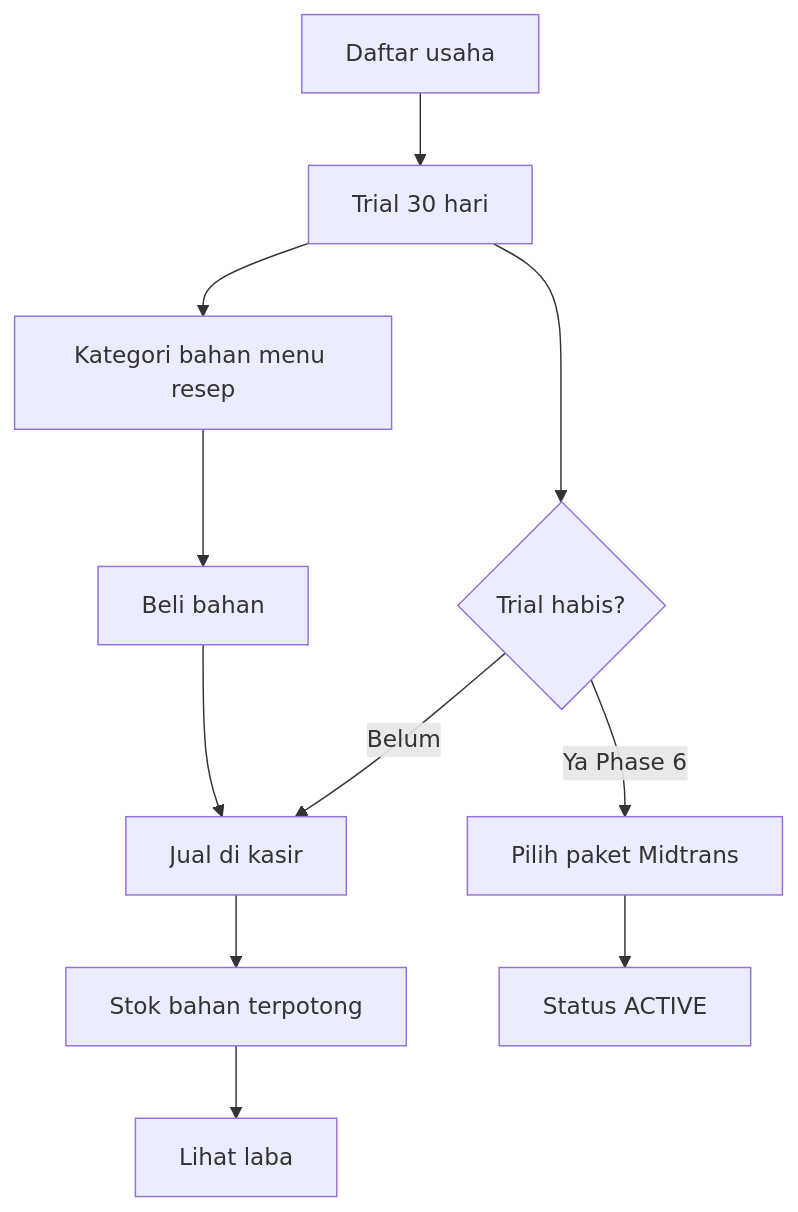
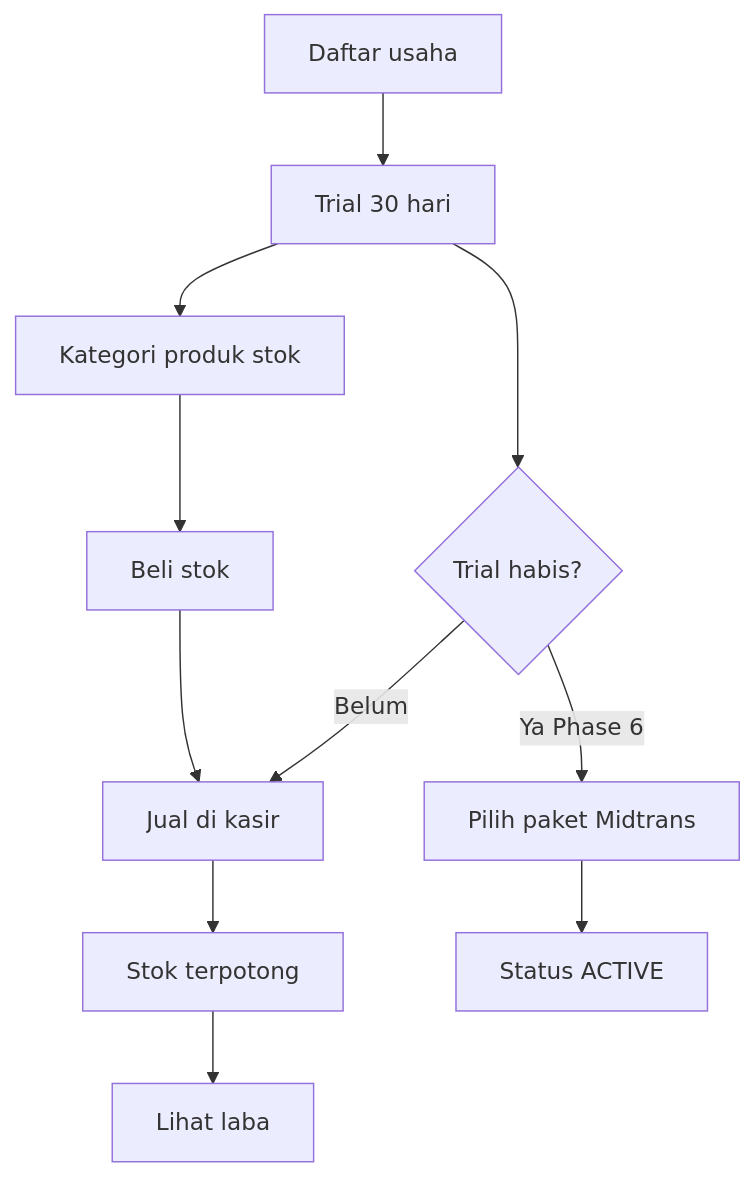
Before and after one commit to endo22/kranjang: the first of 4 diagrams in docs/prd/kranjang-prd.md, drawn with Mermaid. The commit also changed other lines of this file and 10 other files, not shown here.

````diff
--- a/docs/prd/kranjang-prd.md
+++ b/docs/prd/kranjang-prd.md
@@ -136,13 +136,13 @@
 ```mermaid
 flowchart TD
   daftar[Daftar usaha] --> trial[Trial 30 hari]
-  trial --> setup[Kategori bahan menu resep]
-  setup --> beli[Beli bahan]
+  trial --> setup[Kategori produk stok]
+  setup --> beli[Beli stok]
   beli --> kasir[Jual di kasir]
-  kasir --> stok[Stok bahan terpotong]
+  kasir --> stok[Stok terpotong]
   stok --> laba[Lihat laba]
   trial --> habis{Trial habis?}
   habis -->|Belum| kasir
   habis -->|Ya Phase 6| bayar[Pilih paket Midtrans]
   bayar --> aktif[Status ACTIVE]
 ```
````
